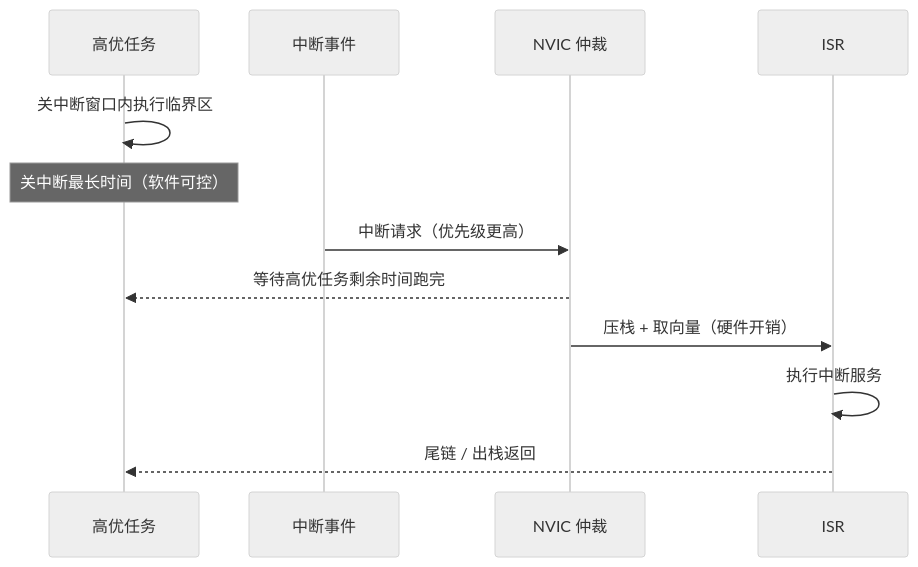
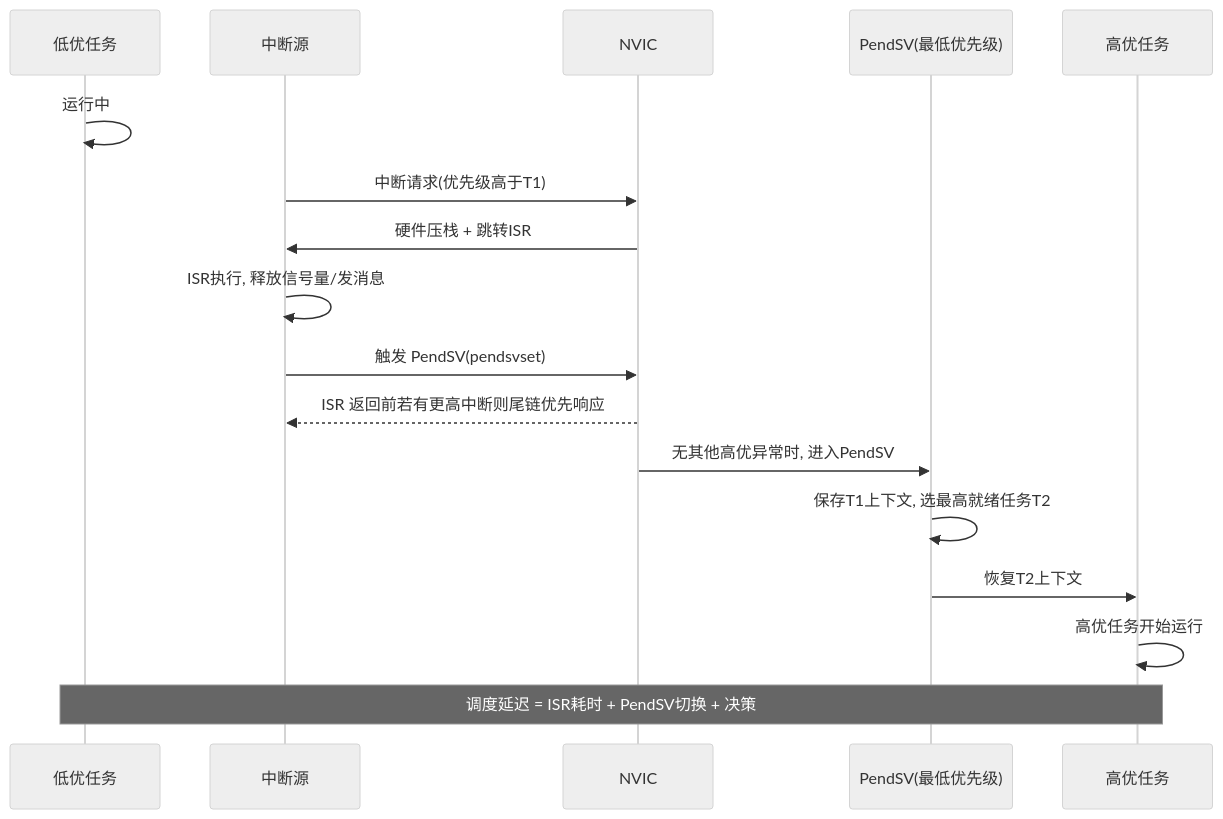
The third of 14 diagrams in articles/17-realtime-timing.md (1208826038/embedded-skill-notes), drawn with Mermaid (neutral theme) before and after one commit. The commit also changed other lines of this file, not shown here.

````diff
--- a/articles/17-realtime-timing.md
+++ b/articles/17-realtime-timing.md
@@ -45,14 +221,20 @@
 ```mermaid
 sequenceDiagram
-    participant T as 高优任务
-    participant IRQ as 中断事件
-    participant NVIC as NVIC 仲裁
-    participant ISR as ISR
-    T->>T: 关中断窗口内执行临界区
-    Note over T: 关中断最长时间（软件可控）
-    IRQ->>NVIC: 中断请求（优先级更高）
-    NVIC-->>T: 等待高优任务剩余时间跑完
-    NVIC->>ISR: 压栈 + 取向量（硬件开销）
-    ISR->>ISR: 执行中断服务
-    ISR-->>T: 尾链 / 出栈返回
+    participant T1 as 低优任务
+    participant IRQ as 中断源
+    participant NVIC as NVIC
+    participant SV as PendSV(最低优先级)
+    participant T2 as 高优任务
+
+    T1->>T1: 运行中
+    IRQ->>NVIC: 中断请求(优先级高于T1)
+    NVIC->>IRQ: 硬件压栈 + 跳转ISR
+    IRQ->>IRQ: ISR执行, 释放信号量/发消息
+    IRQ->>NVIC: 触发 PendSV(pendsvset)
+    NVIC-->>IRQ: ISR 返回前若有更高中断则尾链优先响应
+    NVIC->>SV: 无其他高优异常时, 进入PendSV
+    SV->>SV: 保存T1上下文, 选最高就绪任务T2
+    SV->>T2: 恢复T2上下文
+    T2->>T2: 高优任务开始运行
+    Note over T1,T2: 调度延迟 = ISR耗时 + PendSV切换 + 决策
 ```
````
